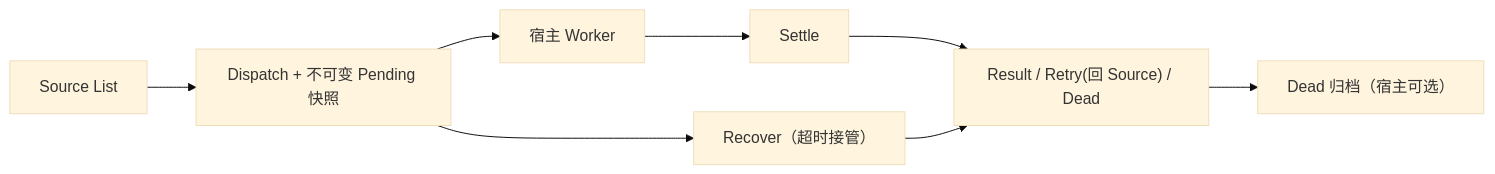
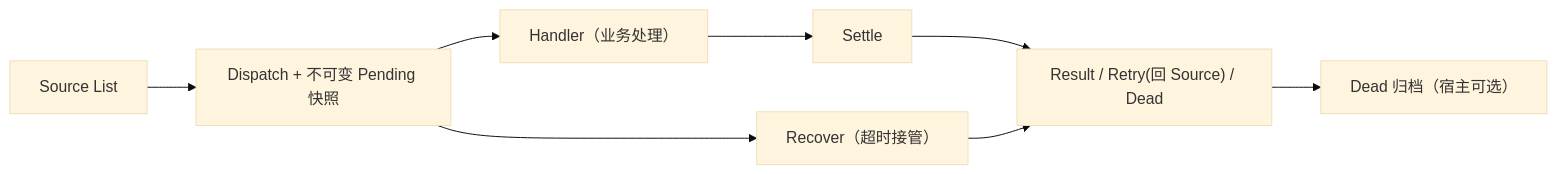
One commit to cccccccccooool/EchoQueue changed the diagram in README.md. Above: the diagram before and after it, drawn with Mermaid (base theme). The commit also changed other lines of this file, not shown here.

````diff
--- a/README.md
+++ b/README.md
@@ -117,10 +118,10 @@
 ```mermaid
 flowchart LR
     S["Source List"] --> D["Dispatch + 不可变 Pending 快照"]
-    D --> W["宿主 Worker"]
-    W --> T["Settle"]
+    D --> H["Handler（业务处理）"]
+    H --> T["Settle"]
     D --> R["Recover（超时接管）"]
     T --> O["Result / Retry(回 Source) / Dead"]
     R --> O
     O --> A["Dead 归档（宿主可选）"]
 ```
````
